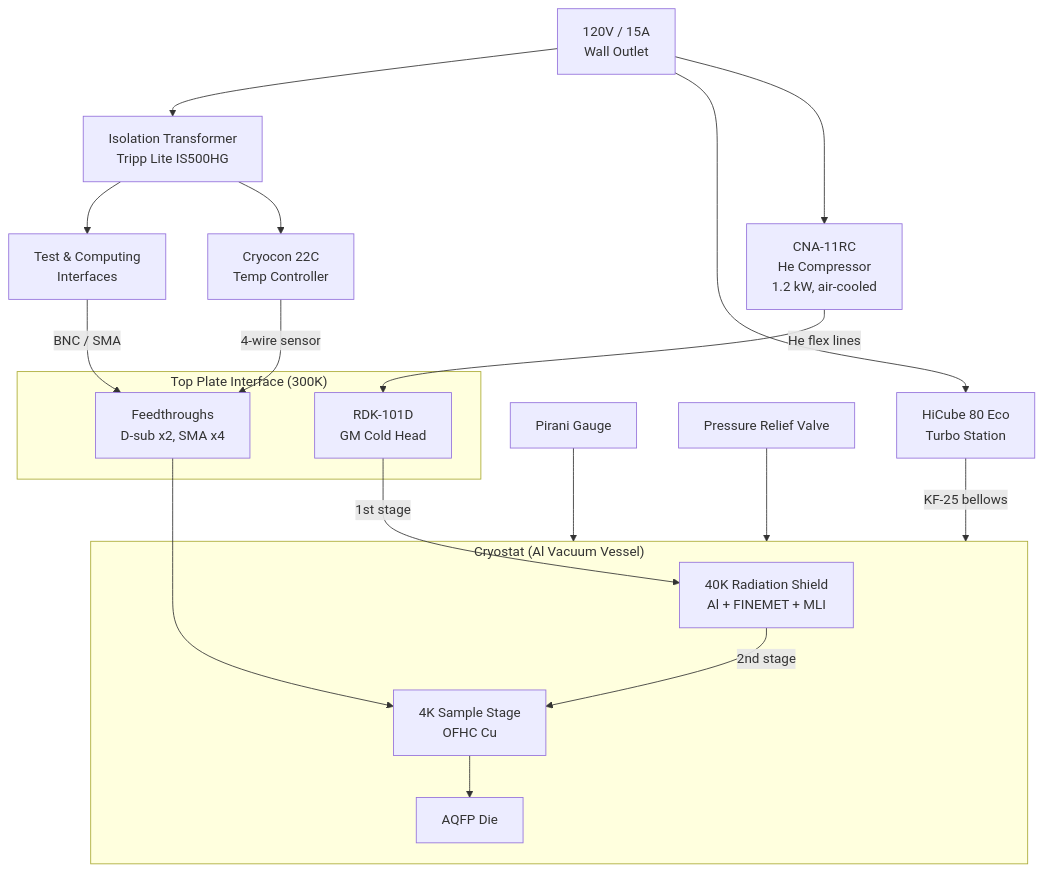
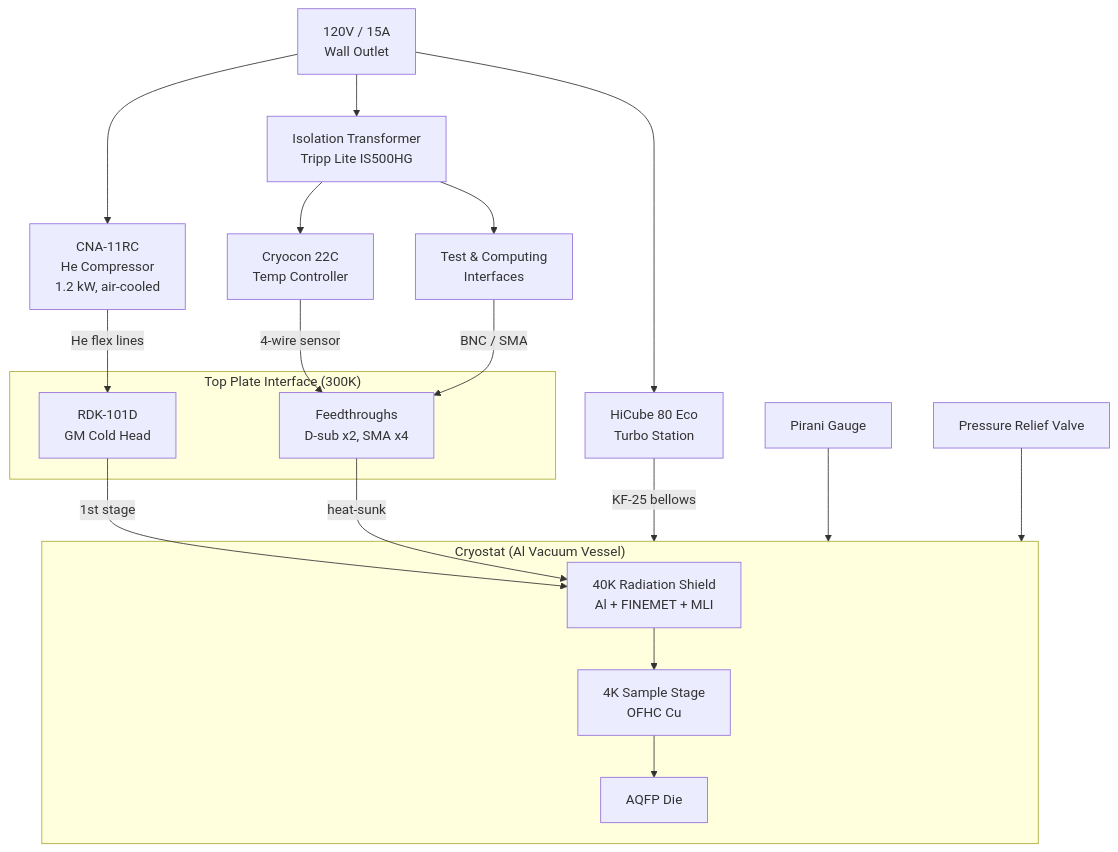
One commit to AlexWynn-AM/cryo-rack changed the diagram in docs/vertiv-design-package.md. Above: the diagram before and after it, drawn with Mermaid. The commit also changed 1 other file, not shown here.

Commit message:
Route feedthrough wiring through 40K before 4K stage
Wires heat-sunk at radiation shield before reaching sample stage.

````diff
--- a/docs/vertiv-design-package.md
+++ b/docs/vertiv-design-package.md
@@ -54,41 +54,41 @@
 ```mermaid
 flowchart TD
     power["120V / 15A\nWall Outlet"]
     compressor["CNA-11RC\nHe Compressor\n1.2 kW, air-cooled"]
     pumpStation["HiCube 80 Eco\nTurbo Station"]
     isoXfmr["Isolation Transformer\nTripp Lite IS500HG"]
     tempController["Cryocon 22C\nTemp Controller"]
     testEquip["Test & Computing\nInterfaces"]
     gauge["Pirani Gauge"]
     relief["Pressure Relief Valve"]
 
     subgraph topInterface["Top Plate Interface (300K)"]
         coldHead["RDK-101D\nGM Cold Head"]
         feedthroughs["Feedthroughs\nD-sub x2, SMA x4"]
     end
 
     subgraph cryostat["Cryostat (Al Vacuum Vessel)"]
         radShield["40K Radiation Shield\nAl + FINEMET + MLI"]
         sampleStage["4K Sample Stage\nOFHC Cu"]
         aqfpDie["AQFP Die"]
 
-        radShield -->|"2nd stage"| sampleStage
         sampleStage --> aqfpDie
     end
 
     power --> compressor
     power --> pumpStation
     power --> isoXfmr
     isoXfmr --> tempController
     isoXfmr --> testEquip
 
     compressor -->|"He flex lines"| coldHead
     coldHead -->|"1st stage"| radShield
     pumpStation -->|"KF-25 bellows"| cryostat
     tempController -->|"4-wire sensor"| feedthroughs
     testEquip -->|"BNC / SMA"| feedthroughs
-    feedthroughs --> sampleStage
+    feedthroughs -->|"heat-sunk"| radShield
+    radShield --> sampleStage
 
     gauge --> cryostat
     relief --> cryostat
 ```
````
